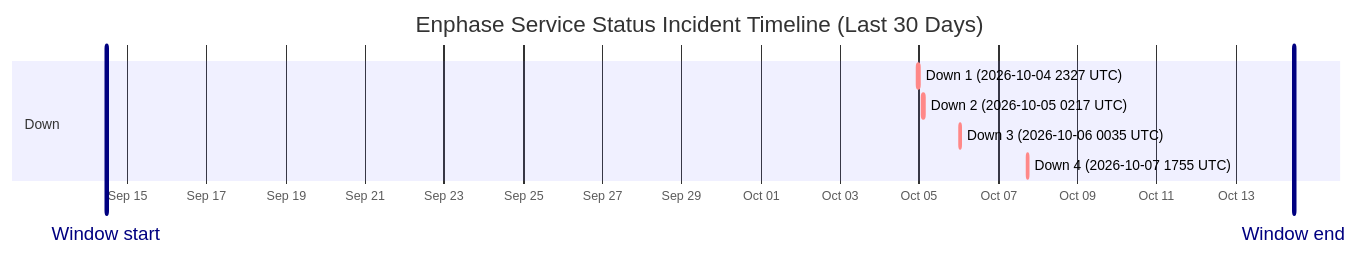
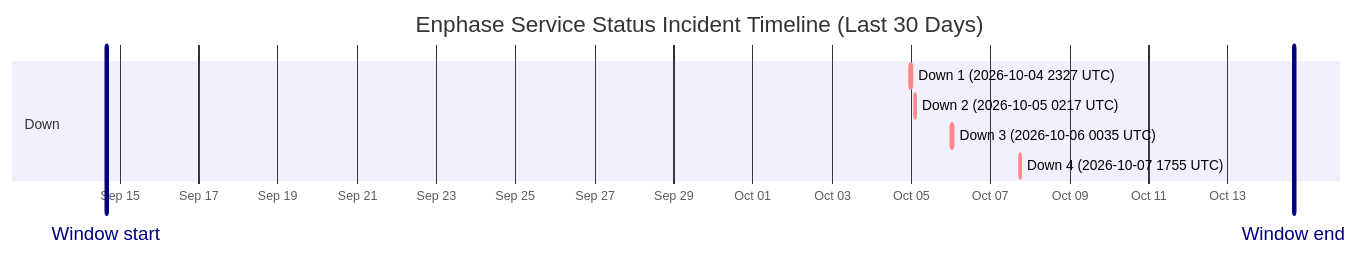
One commit to barneyonline/ha-enphase-energy changed the diagram in wiki/Service-Status-History.md. Above: the diagram before and after it, drawn with Mermaid. The commit also changed other lines of this file and 3 other files, not shown here.

````diff
--- a/wiki/Service-Status-History.md
+++ b/wiki/Service-Status-History.md
@@ -14,13 +14,13 @@
 ```mermaid
 gantt
     title Enphase Service Status Incident Timeline (Last 30 Days)
     dateFormat  YYYY-MM-DDTHH:mm:ss
     axisFormat  %b %d
-    Window start :vert, window-start, 2026-09-14T11:13:41, 0ms
-    Window end :vert, window-end, 2026-10-14T11:13:41, 0ms
+    Window start :vert, window-start, 2026-09-14T15:53:29, 0ms
+    Window end :vert, window-end, 2026-10-14T15:53:29, 0ms
     section Down
     Down 1 (2026-10-04 2327 UTC) :crit, down-1, 2026-10-04T23:27:34, 60m
     Down 2 (2026-10-05 0217 UTC) :crit, down-2, 2026-10-05T02:17:30, 60m
     Down 3 (2026-10-06 0035 UTC) :crit, down-3, 2026-10-06T00:35:21, 60m
     Down 4 (2026-10-07 1755 UTC) :crit, down-4, 2026-10-07T17:55:16, 60m
 ```
````
